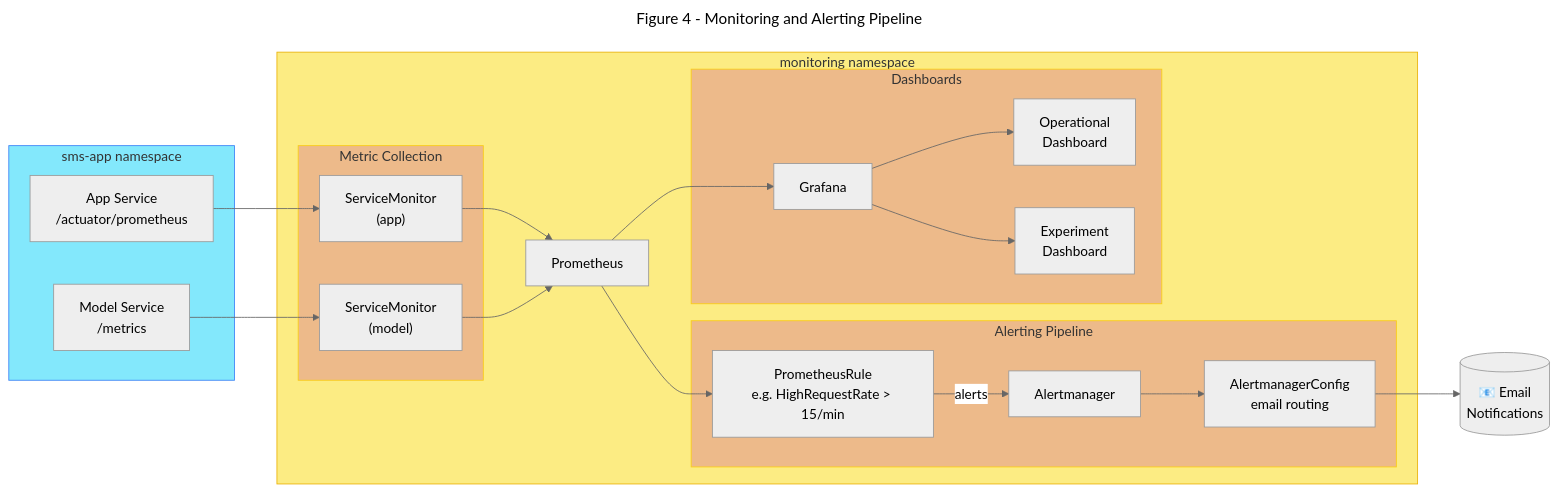
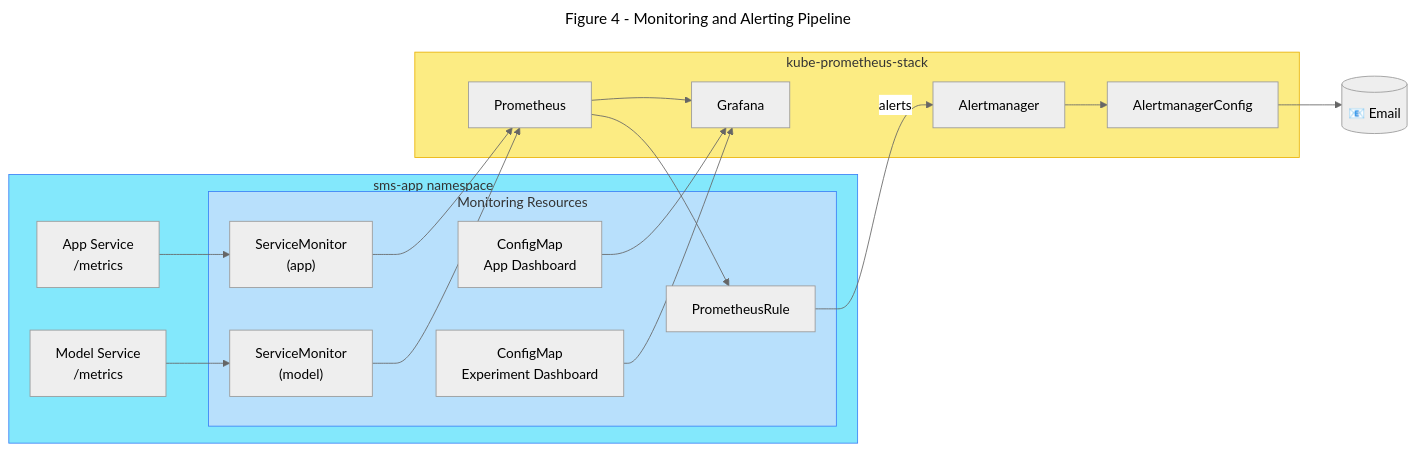
The fourth of 4 diagrams in docs/deployment.md (doda2025-team17/operation), drawn with Mermaid (neutral theme) before and after one commit. The commit also changed other lines of this file and 4 other files, not shown here.

````diff
--- a/docs/deployment.md
+++ b/docs/deployment.md
@@ -565,53 +671,45 @@
 ```mermaid
 ---
 title: Figure 4 - Monitoring and Alerting Pipeline
 ---
 flowchart LR
     subgraph sms-app["sms-app namespace"]
-        App["App Service<br/>/actuator/prometheus"]
+        App["App Service<br/>/metrics"]
         Model["Model Service<br/>/metrics"]
-    end
 
-    subgraph monitoring["monitoring namespace"]
-        subgraph scraping["Metric Collection"]
+        subgraph mon-resources["Monitoring Resources"]
             SM1["ServiceMonitor<br/>(app)"]
             SM2["ServiceMonitor<br/>(model)"]
-        end
-
-        Prom["Prometheus"]
-
-        subgraph alerting["Alerting Pipeline"]
-            PR["PrometheusRule<br/>e.g. HighRequestRate > 15/min"]
-            AM["Alertmanager"]
-            AMC["AlertmanagerConfig<br/>email routing"]
-        end
-
-        subgraph visualization["Dashboards"]
-            Grafana["Grafana"]
-            D1["Operational<br/>Dashboard"]
-            D2["Experiment<br/>Dashboard"]
+            PR["PrometheusRule"]
+            GD1["ConfigMap<br/>App Dashboard"]
+            GD2["ConfigMap<br/>Experiment Dashboard"]
         end
     end
 
-    Email[("📧 Email<br/>Notifications")]
+    subgraph prom-stack["kube-prometheus-stack"]
+        Prom["Prometheus"]
+        AM["Alertmanager"]
+        AMC["AlertmanagerConfig"]
+        Grafana["Grafana"]
+    end
+
+    Email[("📧 Email")]
 
     App --> SM1
     Model --> SM2
     SM1 --> Prom
     SM2 --> Prom
 
     Prom --> PR
     PR -->|"alerts"| AM
     AM --> AMC
     AMC --> Email
 
     Prom --> Grafana
-    Grafana --> D1
-    Grafana --> D2
+    GD1 --> Grafana
+    GD2 --> Grafana
 
     style sms-app fill:#83e8fc,stroke:#3b82f6
-    style monitoring fill:#fcec83,stroke:#eab308
-    style scraping fill:#edba8a,stroke:#facc15
-    style alerting fill:#edba8a,stroke:#facc15
-    style visualization fill:#edba8a,stroke:#facc15
+    style prom-stack fill:#fcec83,stroke:#eab308
+    style mon-resources fill:#b8e0fc,stroke:#3b82f6
 ```
````
